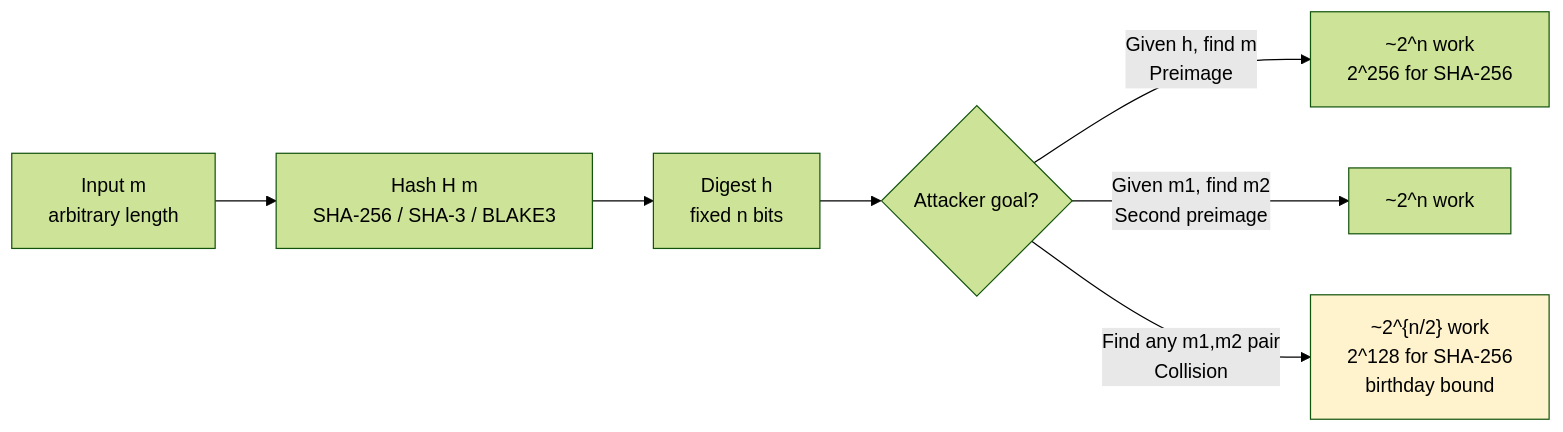
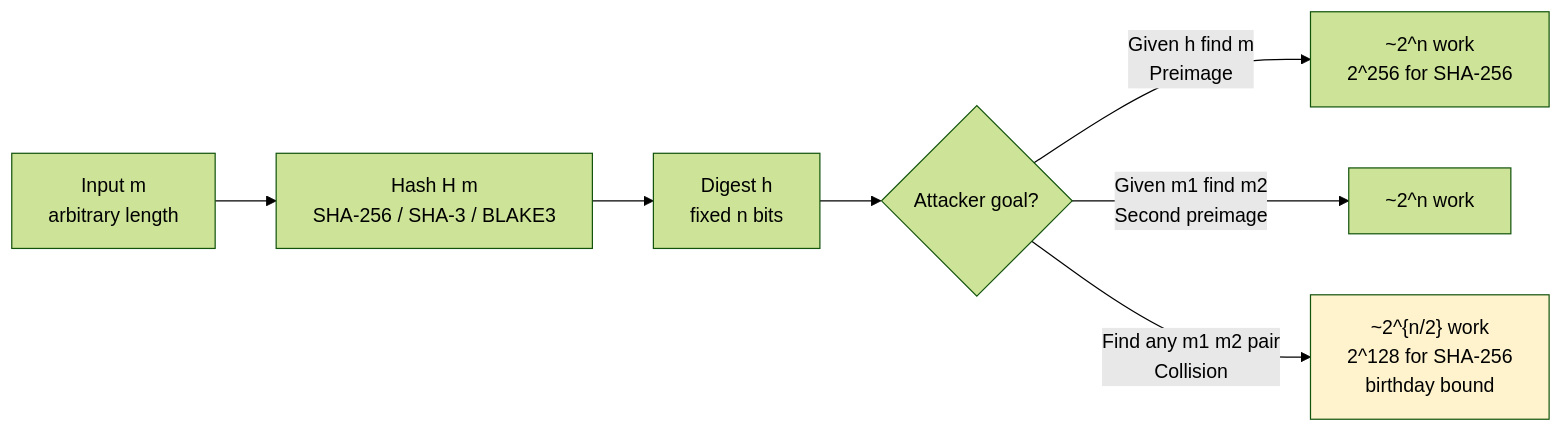
Before and after one commit to bumbsclaw/textbooks: the second of 7 diagrams in vol-09-security-auth/ch01-applied-crypto.md, drawn with Mermaid (forest theme). The commit also changed 173 other files, not shown here.

First line of the commit message:
fix(mermaid): close note brackets, semicolons in Notes, stateDiagram br -> dash, edge parens

````diff
--- a/vol-09-security-auth/ch01-applied-crypto.md
+++ b/vol-09-security-auth/ch01-applied-crypto.md
@@ -154,12 +154,12 @@
 ```mermaid
 flowchart LR
     A["Input m<br/>arbitrary length"] --> B["Hash H m<br/>SHA-256 / SHA-3 / BLAKE3"]
     B --> C["Digest h<br/>fixed n bits"]
 
     C --> D{"Attacker goal?"}
-    D -->|"Given h, find m<br/>Preimage"| E["~2^n work<br/>2^256 for SHA-256"]
-    D -->|"Given m1, find m2<br/>Second preimage"| F["~2^n work"]
-    D -->|"Find any m1,m2 pair<br/>Collision"| G["~2^{n/2} work<br/>2^128 for SHA-256<br/>birthday bound"]
+    D -->|"Given h find m<br >Preimage"| E["~2^n work<br/>2^256 for SHA-256"]
+    D -->|"Given m1 find m2<br >Second preimage"| F["~2^n work"]
+    D -->|"Find any m1 m2 pair<br >Collision"| G["~2^{n/2} work<br/>2^128 for SHA-256<br/>birthday bound"]
 
     style G fill:#fff3cd
 ```
````
